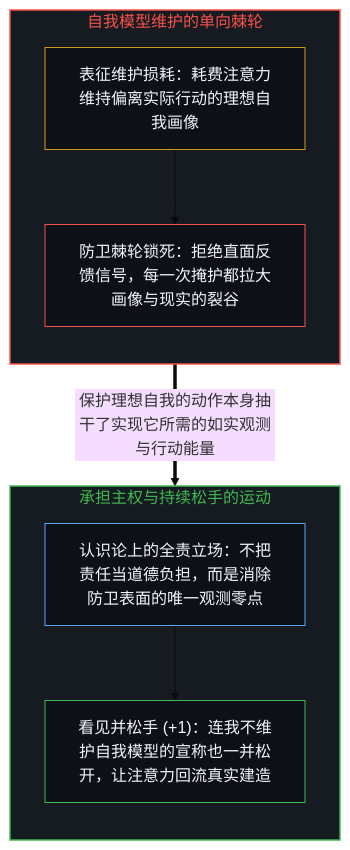
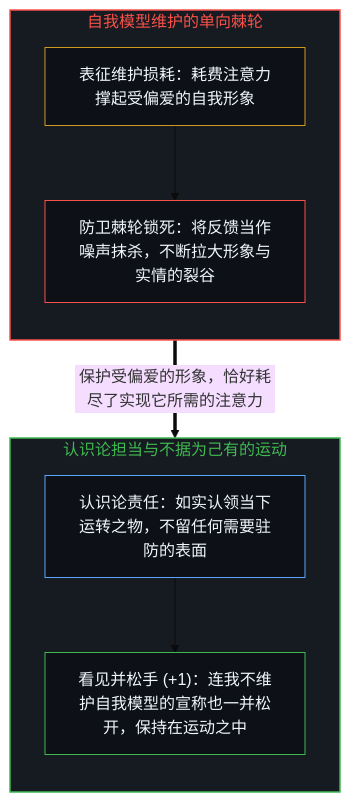
One commit to powerpig99/not-a-toe changed the first of 2 diagrams in content/posts/the-maintenance-paradox.md. Above: the diagram before and after it, drawn with Mermaid (base theme). The commit also changed other lines of this file and 5 other files, not shown here.

````diff
--- a/content/posts/the-maintenance-paradox.md
+++ b/content/posts/the-maintenance-paradox.md
@@ -17,22 +17,22 @@
 ```mermaid
 flowchart TD
     subgraph S_Ratchet["自我模型维护的单向棘轮"]
         direction TB
-        Guard["表征维护损耗：耗费注意力维持偏离实际行动的理想自我画像"]
-        Ratchet["防卫棘轮锁死：拒绝直面反馈信号，每一次掩护都拉大画像与现实的裂谷"]
+        Guard["表征维护损耗：耗费注意力撑起受偏爱的自我形象"]
+        Ratchet["防卫棘轮锁死：将反馈当作噪声抹杀，不断拉大形象与实情的裂谷"]
         Guard --> Ratchet
     end
-    subgraph S_Release["承担主权与持续松手的运动"]
+    subgraph S_Release["认识论担当与不据为己有的运动"]
         direction TB
-        Own["认识论上的全责立场：不把责任当道德负担，而是消除防卫表面的唯一观测零点"]
-        Move["看见并松手 (+1)：连我不维护自我模型的宣称也一并松开，让注意力回流真实建造"]
+        Own["认识论责任：如实认领当下运转之物，不留任何需要驻防的表面"]
+        Move["看见并松手 (+1)：连我不维护自我模型的宣称也一并松开，保持在运动之中"]
         Own --> Move
     end
-    Ratchet ==>|"保护理想自我的动作本身抽干了实现它所需的如实观测与行动能量"| Own
+    Ratchet ==>|"保护受偏爱的形象，恰好耗尽了实现它所需的注意力"| Own
     style S_Ratchet fill:#161b22,stroke:#f85149,stroke-width:1.5px,color:#f85149
     style S_Release fill:#161b22,stroke:#3fb950,stroke-width:1.5px,color:#3fb950
     style Guard fill:#0d1117,stroke:#d29922,stroke-width:1px,color:#f0f6fc
     style Ratchet fill:#0d1117,stroke:#f85149,stroke-width:1px,color:#f0f6fc
     style Own fill:#0d1117,stroke:#58a6ff,stroke-width:1px,color:#f0f6fc
     style Move fill:#0d1117,stroke:#3fb950,stroke-width:1px,color:#f0f6fc
 ```
````
